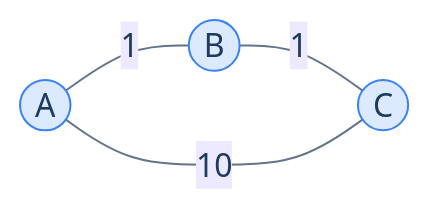
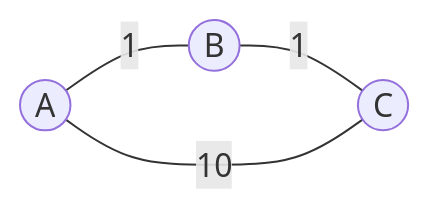
The diagram in content/cortex/data-structures-and-algorithms/04-graphs/08-single-source-shortest-path.md (ani2fun/codefolio), drawn with Mermaid before and after one commit. The commit also changed other lines of this file and 1049 other files, not shown here.

````diff
--- a/content/cortex/data-structures-and-algorithms/04-graphs/08-single-source-shortest-path.md
+++ b/content/cortex/data-structures-and-algorithms/04-graphs/08-single-source-shortest-path.md
@@ -71,17 +55,6 @@
 ```mermaid
----
-config:
-  theme: base
-  themeVariables:
-    primaryColor: "#dbeafe"
-    primaryBorderColor: "#3b82f6"
-    primaryTextColor: "#1e3a5f"
-    lineColor: "#64748b"
-    secondaryColor: "#ede9fe"
-    tertiaryColor: "#fef9c3"
----
 flowchart LR
-    A((A)) ---|"1"| B((B))
-    B ---|"1"| C((C))
-    A ---|"10"| C
+    A((A)) ---|1| B((B))
+    B ---|1| C((C))
+    A ---|10| C
 ```
````
